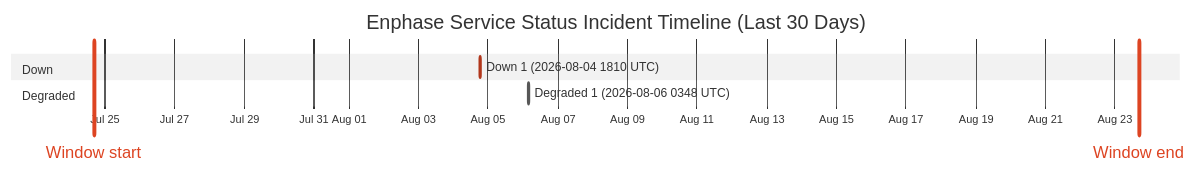
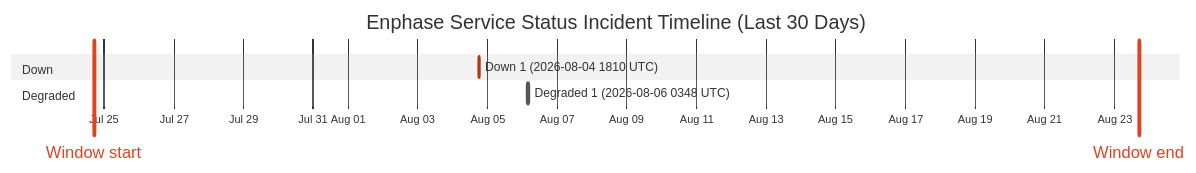
Before and after one commit to barneyonline/ha-enphase-energy: the diagram in wiki/Service-Status-History.md, drawn with Mermaid (neutral theme). The commit also changed other lines of this file and 3 other files, not shown here.

````diff
--- a/wiki/Service-Status-History.md
+++ b/wiki/Service-Status-History.md
@@ -14,12 +14,12 @@
 ```mermaid
 gantt
     title Enphase Service Status Incident Timeline (Last 30 Days)
     dateFormat  YYYY-MM-DDTHH:mm:ss
     axisFormat  %b %d
-    Window start :vert, window-start, 2026-07-24T16:22:04, 0ms
-    Window end :vert, window-end, 2026-08-23T16:22:04, 0ms
+    Window start :vert, window-start, 2026-07-24T16:51:02, 0ms
+    Window end :vert, window-end, 2026-08-23T16:51:02, 0ms
     section Down
     Down 1 (2026-08-04 1810 UTC) :crit, down-1, 2026-08-04T18:10:46, 60m
     section Degraded
     Degraded 1 (2026-08-06 0348 UTC) :active, degraded-1, 2026-08-06T03:48:14, 60m
 ```
````
